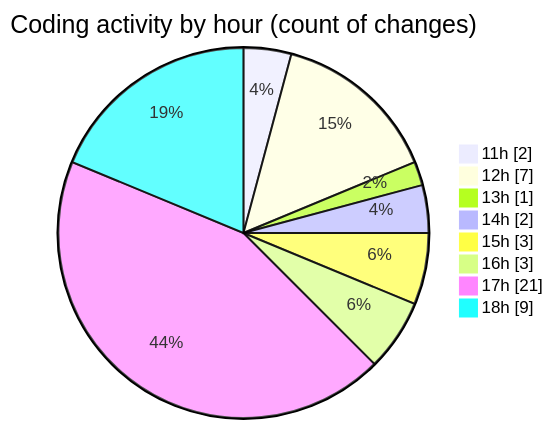
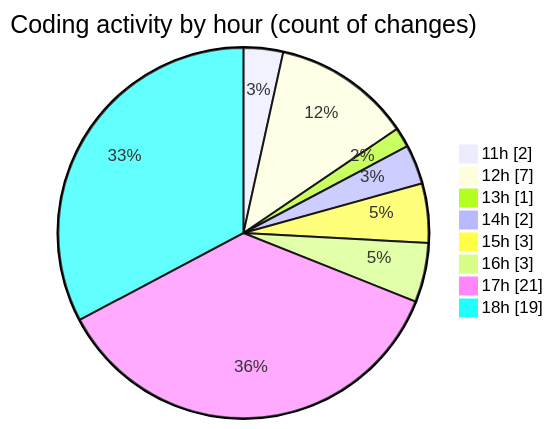
One commit to nxtqubesakshisongat/code-tracking changed the second of 2 diagrams in 2025-11-10/nxtqube_webapp/README.md. Above: the diagram before and after it, drawn with Mermaid. The commit also changed other lines of this file and 1 other file, not shown here.

````diff
--- a/2025-11-10/nxtqube_webapp/README.md
+++ b/2025-11-10/nxtqube_webapp/README.md
@@ -41,12 +41,12 @@
 ```mermaid
 pie showData
 title Coding activity by hour (count of changes)
 "11h" : 2
 "12h" : 7
 "13h" : 1
 "14h" : 2
 "15h" : 3
 "16h" : 3
 "17h" : 21
-"18h" : 9
+"18h" : 19
 ```
````
